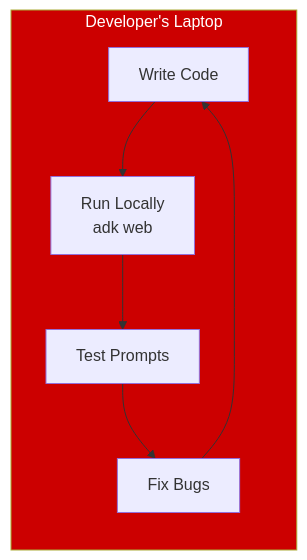
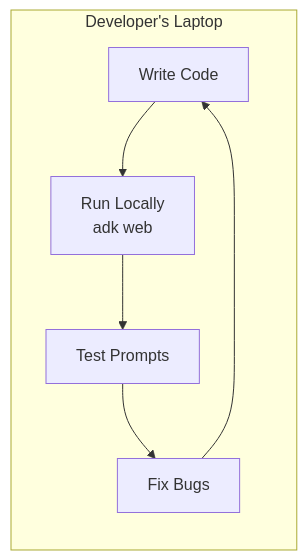
One commit to rrbanda/agent-sandbox-ocp changed the first of 3 diagrams in docs/concepts/inner-outer-loop.md. Above: the diagram before and after it, drawn with Mermaid. The commit also changed other lines of this file and 118 other files, not shown here.

````diff
--- a/docs/concepts/inner-outer-loop.md
+++ b/docs/concepts/inner-outer-loop.md
@@ -20,11 +20,9 @@
 ```mermaid
 flowchart LR
     subgraph laptop["Developer's Laptop"]
         A[Write Code] --> B[Run Locally<br/>adk web]
         B --> C[Test Prompts]
         C --> D[Fix Bugs]
         D --> A
     end
-    
-    style laptop fill:#CC0000,color:#FFFFFF
 ```
````
